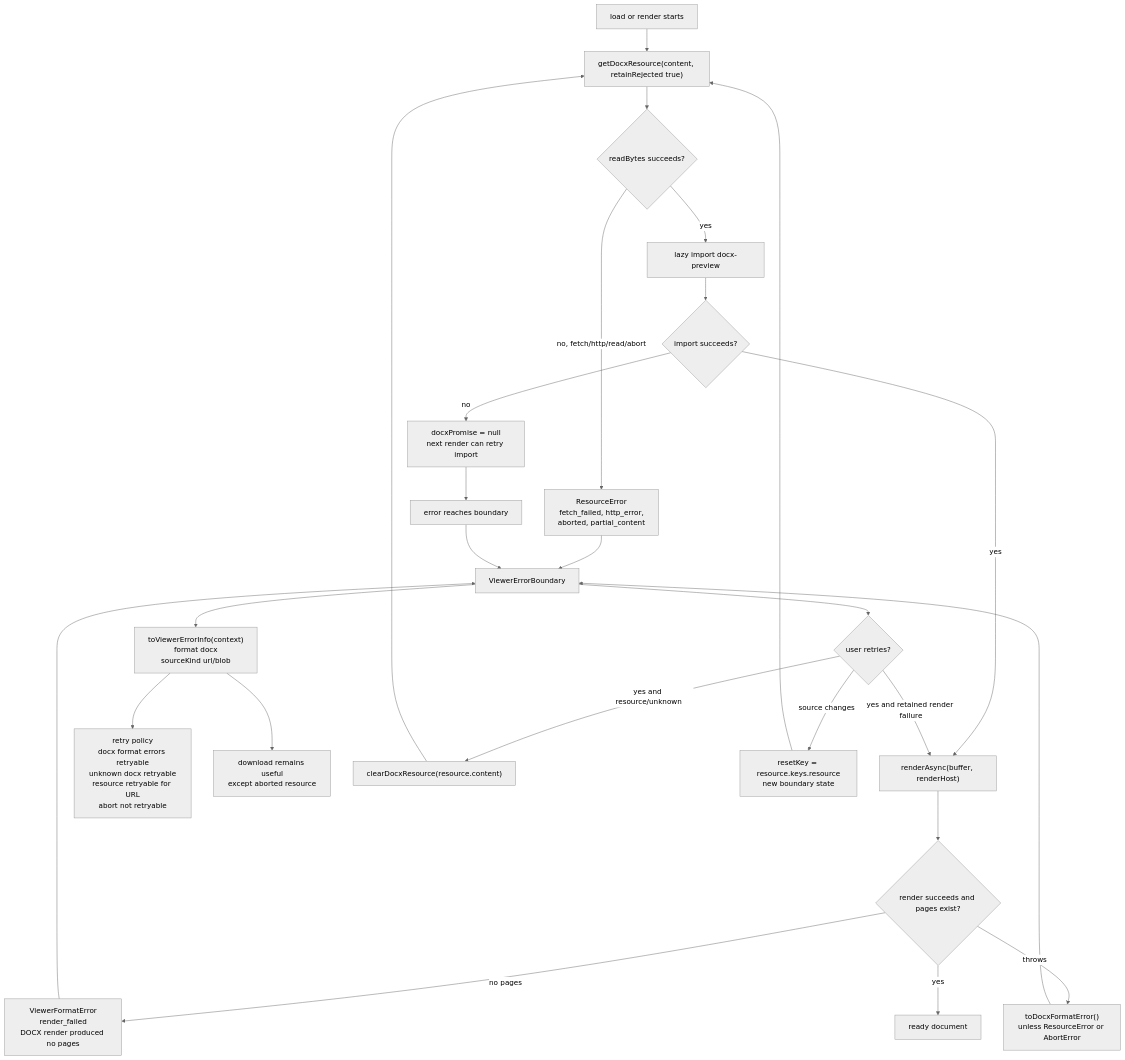
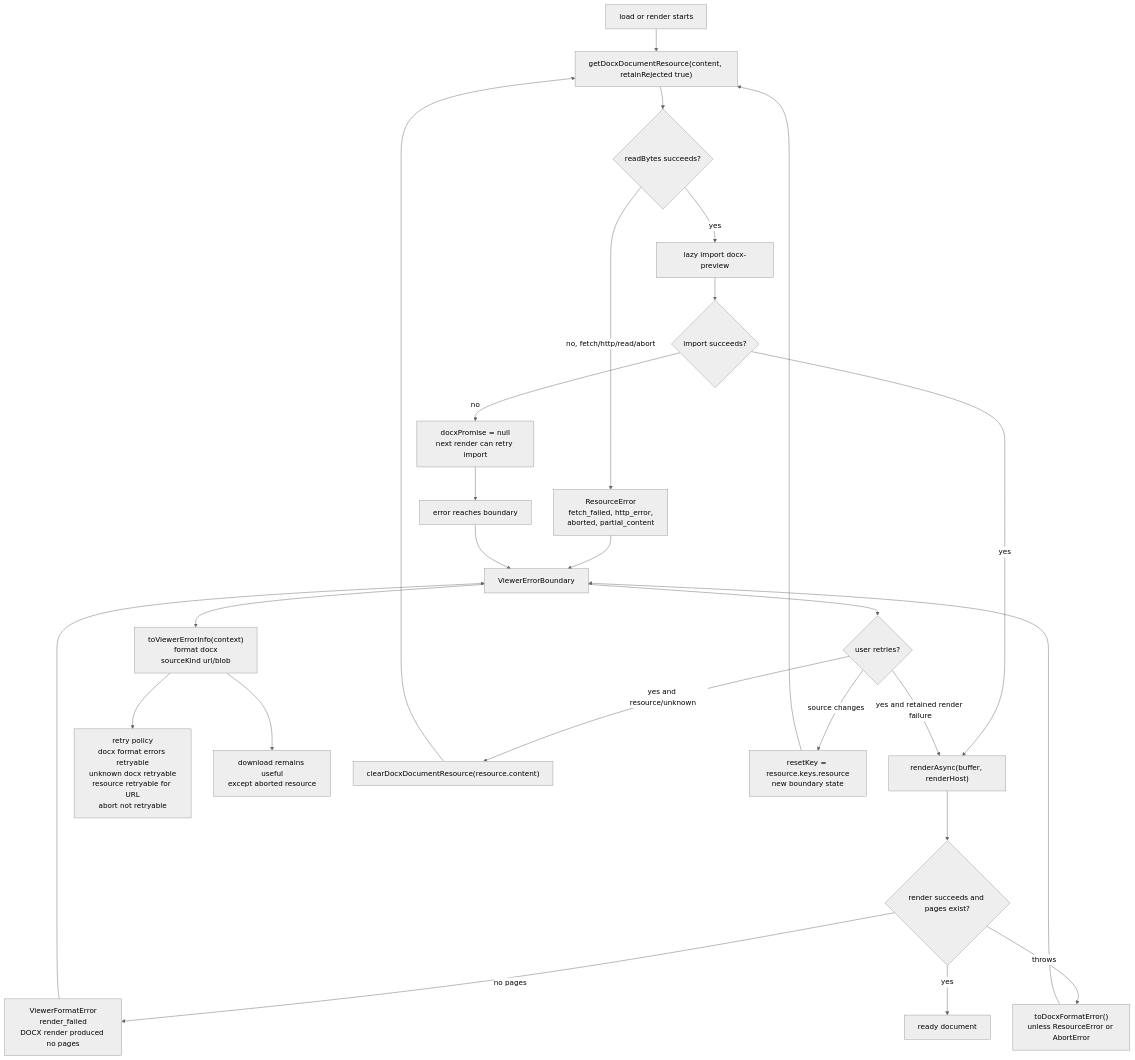
Before and after one commit to retab-dev/retab-ui: the fourth of 6 diagrams in components/ui/docx-viewer-system.md, drawn with Mermaid (neutral theme). The commit also changed other lines of this file and 210 other files, not shown here.

````diff
--- a/components/ui/docx-viewer-system.md
+++ b/components/ui/docx-viewer-system.md
@@ -360,30 +360,30 @@
 ```mermaid
 flowchart TB
-  Start["load or render starts"] --> ByteRead["getDocxResource(content, retainRejected true)"]
+  Start["load or render starts"] --> ByteRead["getDocxDocumentResource(content, retainRejected true)"]
   ByteRead --> ReadOK{"readBytes succeeds?"}
   ReadOK -- "no, fetch/http/read/abort" --> ResourceError["ResourceError\nfetch_failed, http_error,\naborted, partial_content"]
   ReadOK -- "yes" --> Import["lazy import docx-preview"]
   Import --> ImportOK{"import succeeds?"}
   ImportOK -- "no" --> ResetImport["docxPromise = null\nnext render can retry import"]
   ResetImport --> UnknownOrFormat["error reaches boundary"]
   ImportOK -- "yes" --> Render["renderAsync(buffer, renderHost)"]
   Render --> RenderOK{"render succeeds and pages exist?"}
   RenderOK -- "no pages" --> NoPages["ViewerFormatError\nrender_failed\nDOCX render produced no pages"]
   RenderOK -- "throws" --> RenderError["toDocxFormatError()\nunless ResourceError or AbortError"]
   RenderOK -- "yes" --> Ready["ready document"]
 
   ResourceError --> Boundary["ViewerErrorBoundary"]
   UnknownOrFormat --> Boundary
   NoPages --> Boundary
   RenderError --> Boundary
 
   Boundary --> Info["toViewerErrorInfo(context)\nformat docx\nsourceKind url/blob"]
   Info --> RetryPolicy["retry policy\ndocx format errors retryable\nunknown docx retryable\nresource retryable for URL\nabort not retryable"]
   Info --> Download["download remains useful\nexcept aborted resource"]
   Boundary --> RetryClick{"user retries?"}
-  RetryClick -- "yes and resource/unknown" --> Clear["clearDocxResource(resource.content)"]
+  RetryClick -- "yes and resource/unknown" --> Clear["clearDocxDocumentResource(resource.content)"]
   Clear --> ByteRead
   RetryClick -- "yes and retained render failure" --> Render
   RetryClick -- "source changes" --> ResetKey["resetKey = resource.keys.resource\nnew boundary state"]
   ResetKey --> ByteRead
 ```
````
